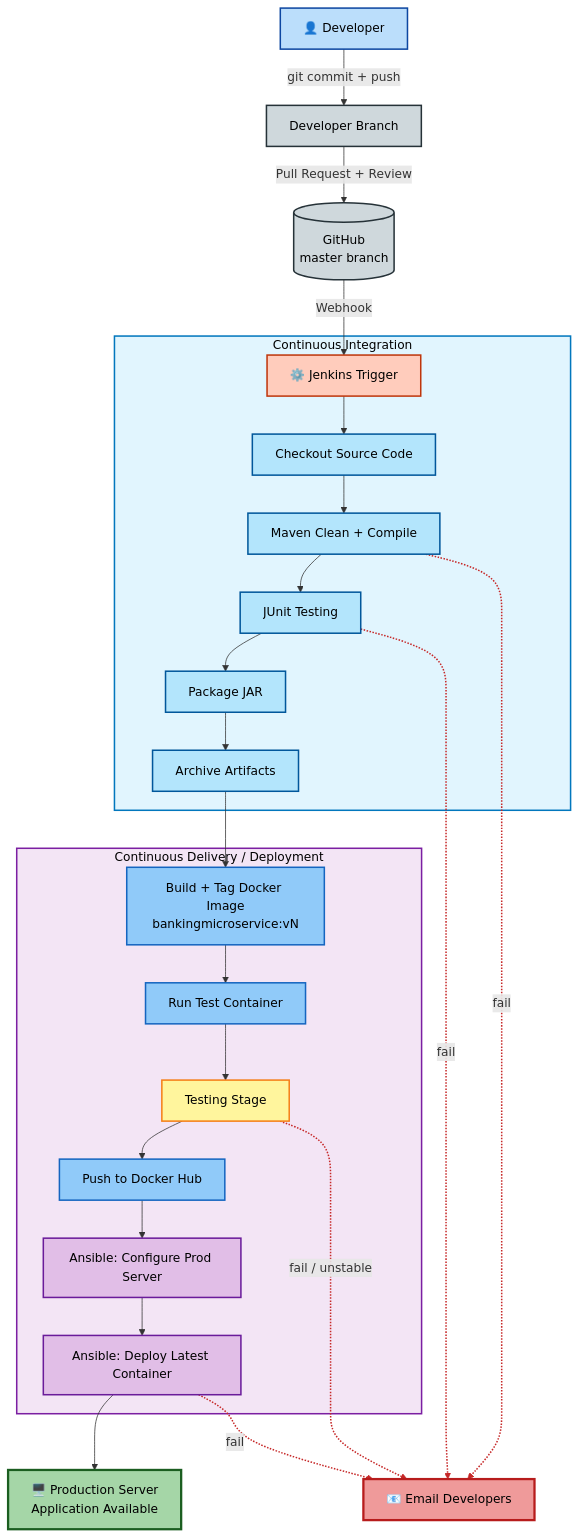
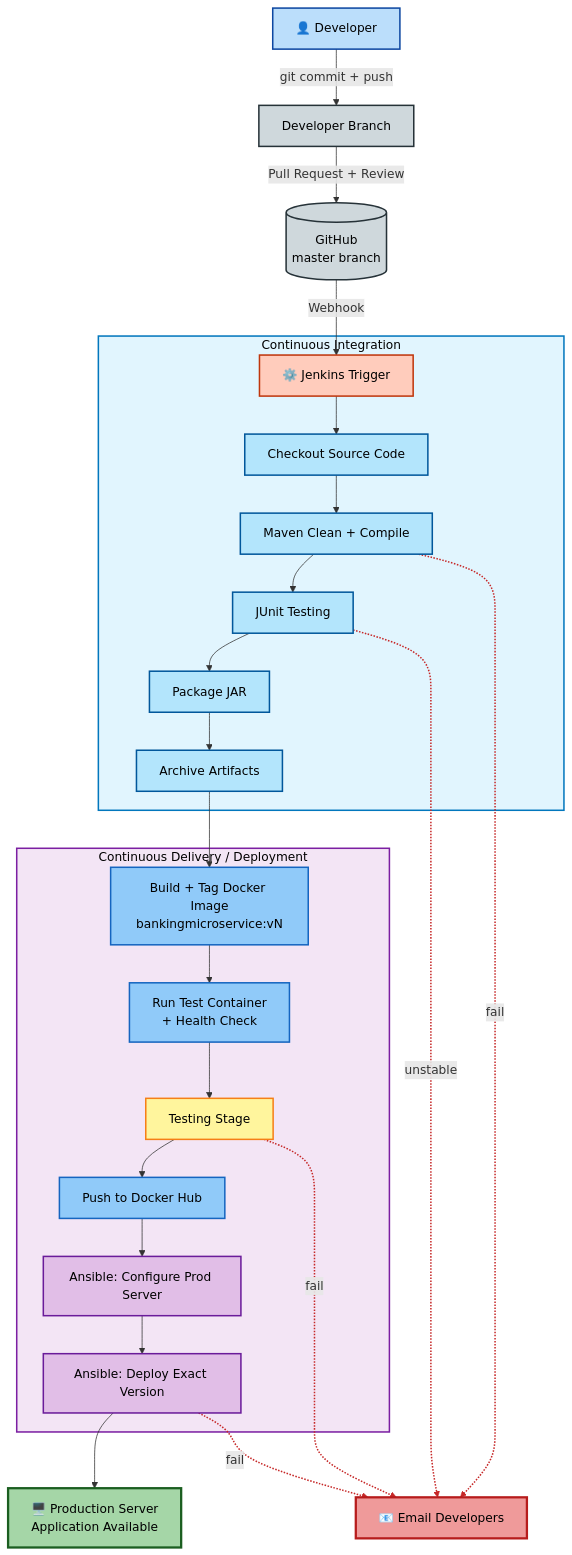
Before and after one commit to glenpagesr-dev/BankingMicroservice: the first of 3 diagrams in README.md, drawn with Mermaid. The commit also changed other lines of this file, not shown here.

````diff
--- a/README.md
+++ b/README.md
@@ -85,55 +87,55 @@
 ```mermaid
 flowchart TD
     DEV[👤 Developer] -->|git commit + push| BR[Developer Branch]
     BR -->|Pull Request + Review| MAIN[(GitHub<br/>master branch)]
     MAIN -->|Webhook| J[⚙️ Jenkins Trigger]
 
     subgraph CI["Continuous Integration"]
         J --> CO[Checkout Source Code]
         CO --> MB[Maven Clean + Compile]
         MB --> UT[JUnit Testing]
         UT --> PK[Package JAR]
         PK --> AR[Archive Artifacts]
     end
 
     subgraph CD["Continuous Delivery / Deployment"]
         AR --> DI[Build + Tag Docker Image<br/>bankingmicroservice:vN]
-        DI --> TC[Run Test Container]
+        DI --> TC[Run Test Container<br/>+ Health Check]
         TC --> TS[Testing Stage]
         TS --> PUSH[Push to Docker Hub]
         PUSH --> ANS[Ansible: Configure Prod Server]
-        ANS --> DEP[Ansible: Deploy Latest Container]
+        ANS --> DEP[Ansible: Deploy Exact Version]
     end
 
     DEP --> PROD[🖥️ Production Server<br/>Application Available]
 
     MB -.fail.-> EM[📧 Email Developers]
-    UT -.fail.-> EM
-    TS -.fail / unstable.-> EM
+    UT -.unstable.-> EM
+    TS -.fail.-> EM
     DEP -.fail.-> EM
 
     classDef dev fill:#bbdefb,stroke:#0d47a1,stroke-width:2px,color:#000
     classDef git fill:#cfd8dc,stroke:#263238,stroke-width:2px,color:#000
     classDef jenkins fill:#ffccbc,stroke:#bf360c,stroke-width:2px,color:#000
     classDef ci fill:#b3e5fc,stroke:#01579b,stroke-width:2px,color:#000
     classDef docker fill:#90caf9,stroke:#1565c0,stroke-width:2px,color:#000
     classDef test fill:#fff59d,stroke:#f57f17,stroke-width:2px,color:#000
     classDef ansible fill:#e1bee7,stroke:#6a1b9a,stroke-width:2px,color:#000
     classDef prod fill:#a5d6a7,stroke:#1b5e20,stroke-width:3px,color:#000
     classDef alert fill:#ef9a9a,stroke:#b71c1c,stroke-width:3px,color:#000
 
     class DEV dev
     class BR,MAIN git
     class J jenkins
     class CO,MB,UT,PK,AR ci
     class DI,TC,PUSH docker
     class TS test
     class ANS,DEP ansible
     class PROD prod
     class EM alert
 
     style CI fill:#e1f5fe,stroke:#0277bd,stroke-width:2px,color:#000
     style CD fill:#f3e5f5,stroke:#7b1fa2,stroke-width:2px,color:#000
 
     linkStyle 15,16,17,18 stroke:#c62828,stroke-width:2px
 ```
````
